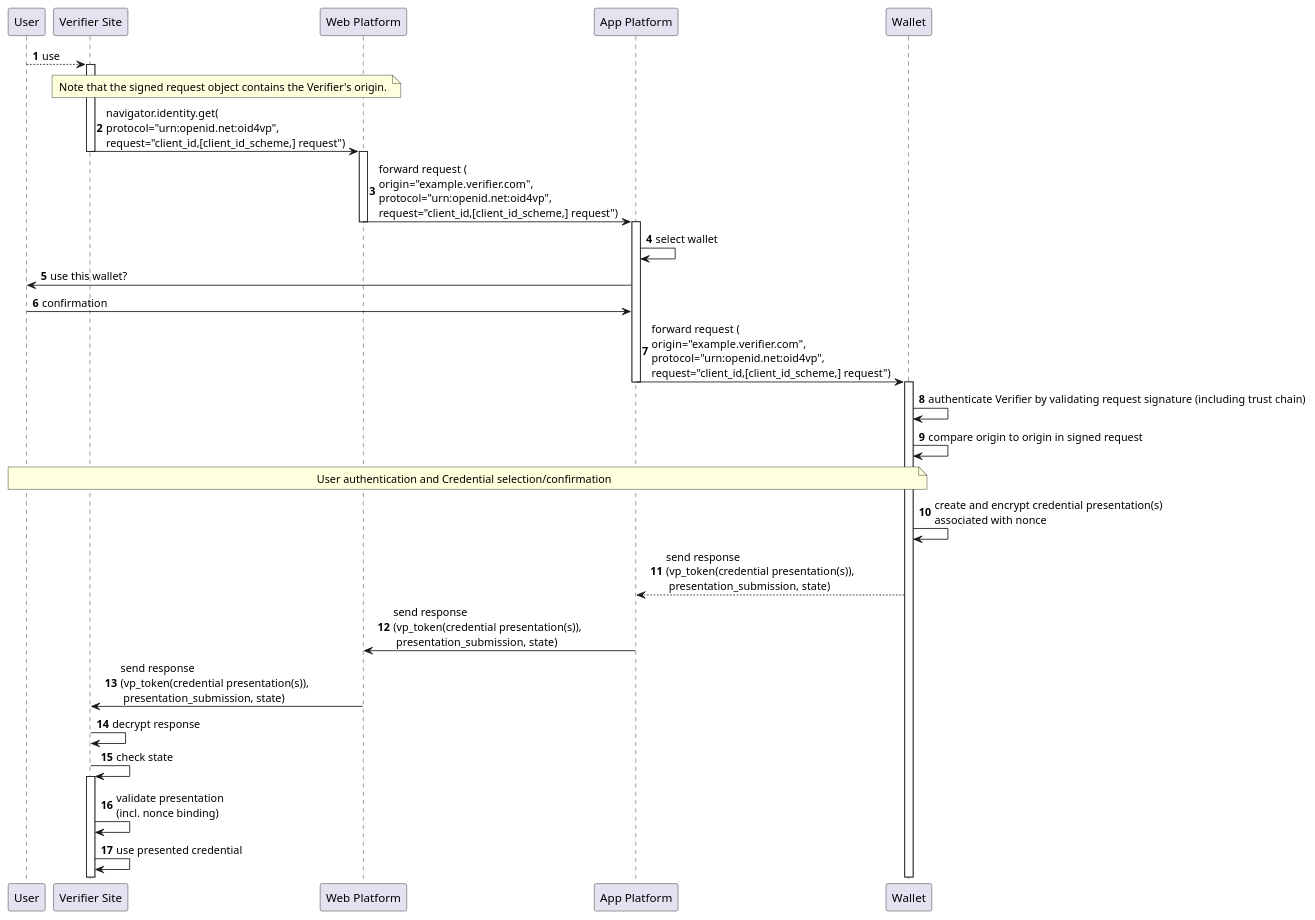
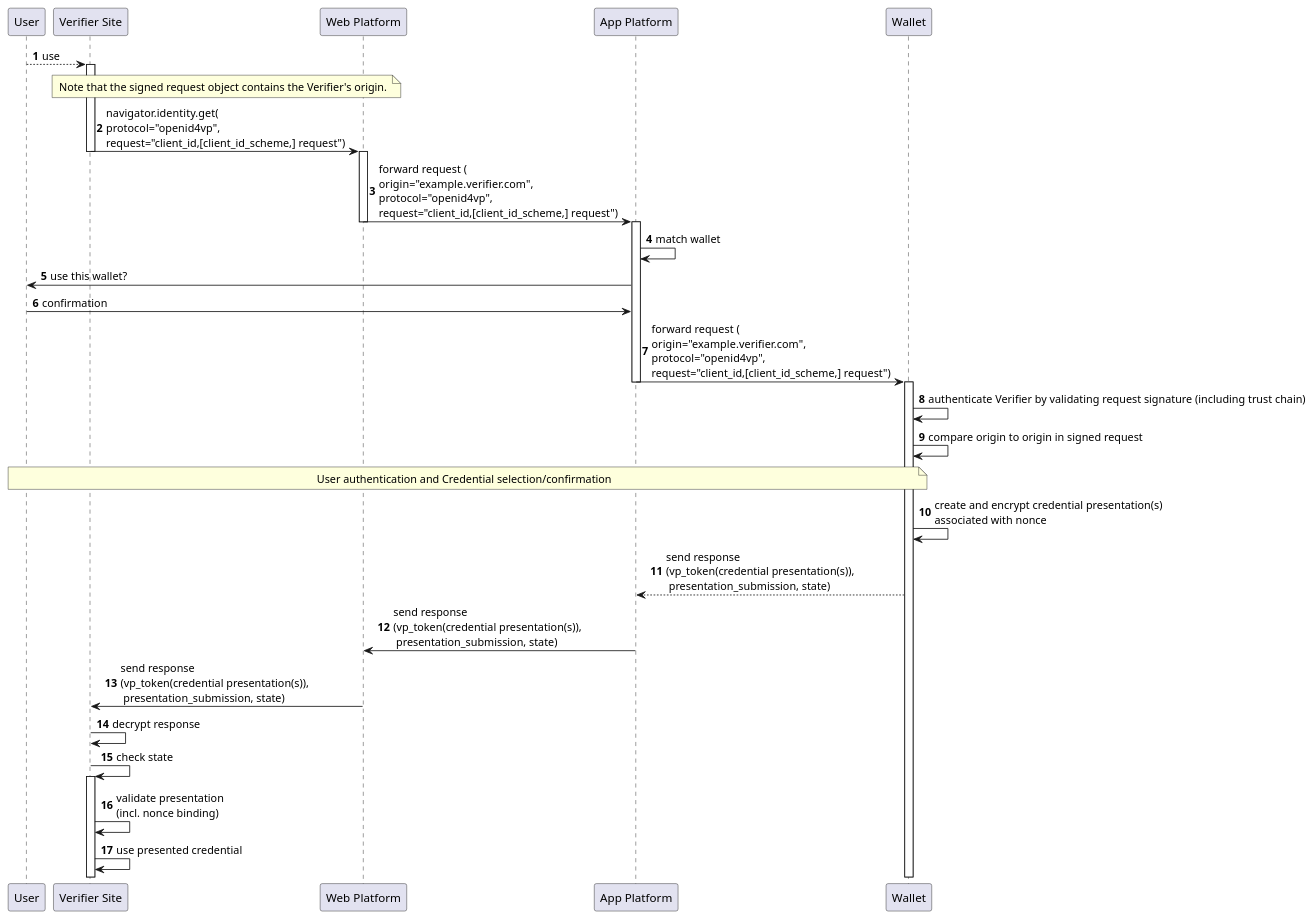
Before and after one commit to openid/OpenID4VP: the diagram in diagrams/signed_request_uri_through_browser_api.plantuml, drawn with PlantUML. The commit also changed 5 other files, not shown here.

Commit message:
in the examples change urn:openid.net:oid4vp to openid4vp and add response_mode

```diff
--- a/diagrams/signed_request_uri_through_browser_api.plantuml
+++ b/diagrams/signed_request_uri_through_browser_api.plantuml
@@ -2,52 +2,52 @@
 @startuml
 
 autonumber
 
 participant "User" as u
 
 participant "Verifier Site" as r
 
 participant "Web Platform" as wp
 
 participant "App Platform" as ap
 
 participant "Wallet" as w
 
 u --> r : use
 activate r
 
 note over r,wp
     Note that the signed request object contains the Verifier's origin.
 end note
-r -> wp: navigator.identity.get(\nprotocol="urn:openid.net:oid4vp",\nrequest="client_id,[client_id_scheme,] request")
+r -> wp: navigator.identity.get(\nprotocol="openid4vp",\nrequest="client_id,[client_id_scheme,] request")
 
 deactivate r
 activate wp
 
-wp -> ap: forward request (\norigin="example.verifier.com",\nprotocol="urn:openid.net:oid4vp",\nrequest="client_id,[client_id_scheme,] request")
+wp -> ap: forward request (\norigin="example.verifier.com",\nprotocol="openid4vp",\nrequest="client_id,[client_id_scheme,] request")
 deactivate wp
 activate ap
 
-ap -> ap: select wallet
+ap -> ap: match wallet
 ap -> u: use this wallet?
 u -> ap: confirmation
 
-ap -> w: forward request (\norigin="example.verifier.com",\nprotocol="urn:openid.net:oid4vp",\nrequest="client_id,[client_id_scheme,] request")
+ap -> w: forward request (\norigin="example.verifier.com",\nprotocol="openid4vp",\nrequest="client_id,[client_id_scheme,] request")
 deactivate ap
 
 activate w
 w -> w: authenticate Verifier by validating request signature (including trust chain)
 w -> w: compare origin to origin in signed request
 
 note over u, w: User authentication and Credential selection/confirmation
 
 w -> w: create and encrypt credential presentation(s) \nassociated with nonce
 w --> ap: send response \n(vp_token(credential presentation(s)),\n presentation_submission, state)
 ap -> wp: send response \n(vp_token(credential presentation(s)),\n presentation_submission, state)
 wp -> r: send response \n(vp_token(credential presentation(s)),\n presentation_submission, state)
 r -> r: decrypt response
 r -> r: check state
 activate r
 r -> r: validate presentation \n(incl. nonce binding)
 r -> r: use presented credential 
 @enduml
```
